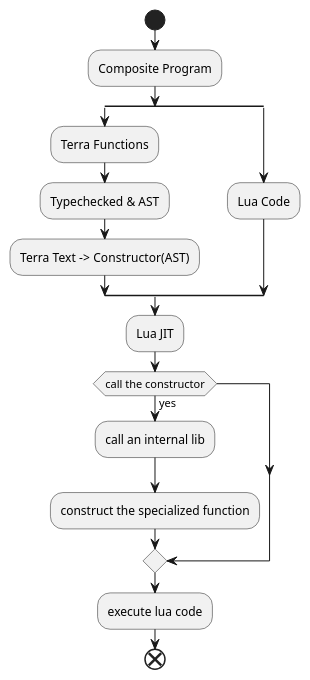
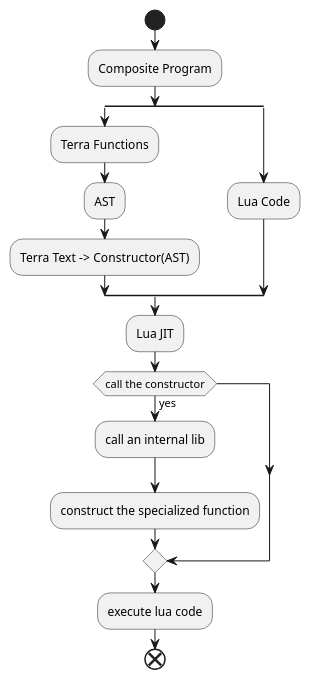
The diagram in terra/terra.puml (NeilKleistGao/my-presentations), drawn with PlantUML before and after one commit. The commit also changed 2 other files, not shown here.

```diff
--- a/terra/terra.puml
+++ b/terra/terra.puml
@@ -1,18 +1,18 @@
 @startuml
 start
 :Composite Program;
 split
   :Terra Functions;
-  :Typechecked & AST;
+  :AST;
   :Terra Text -> Constructor(AST);
 split again
   :Lua Code;
 end split
 :Lua JIT;
 if (call the constructor) then(yes)
   :call an internal lib;
   :construct the specialized function;
 endif
 :execute lua code;
 end
 @enduml
```
